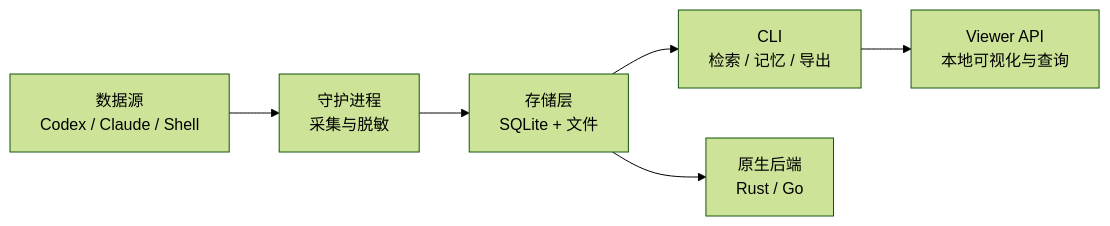
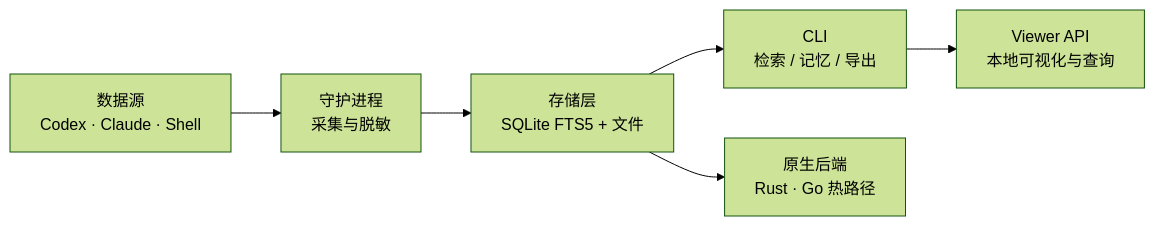
One commit to dunova/context-mesh-foundry changed the second of 2 diagrams in README.md. Above: the diagram before and after it, drawn with Mermaid (forest theme). The commit also changed other lines of this file and 20 other files, not shown here.

````diff
--- a/README.md
+++ b/README.md
@@ -238,8 +214,8 @@
 ```mermaid
 flowchart LR
-    A["数据源\nCodex / Claude / Shell"] --> B["守护进程\n采集与脱敏"]
-    B --> C["存储层\nSQLite + 文件"]
+    A["数据源\nCodex · Claude · Shell"] --> B["守护进程\n采集与脱敏"]
+    B --> C["存储层\nSQLite FTS5 + 文件"]
     C --> D["CLI\n检索 / 记忆 / 导出"]
+    C --> F["原生后端\nRust · Go 热路径"]
     D --> E["Viewer API\n本地可视化与查询"]
-    C --> F["原生后端\nRust / Go"]
 ```
````
